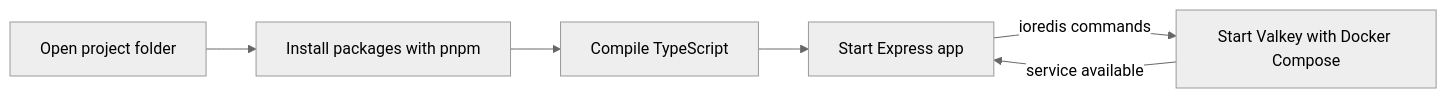
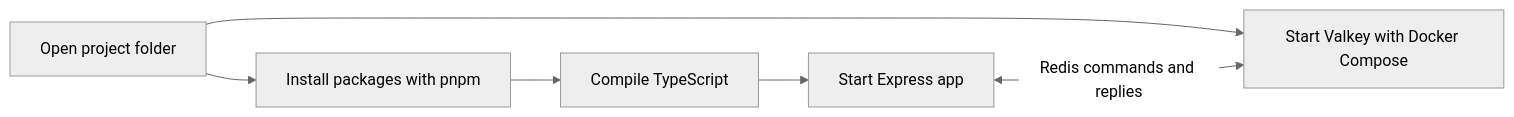
Before and after one commit to vanshbaranwal/backend-projects: the diagram in redis/PROJECT-SETUP.md, drawn with Mermaid (neutral theme). The commit also changed other lines of this file and 4 other files, not shown here.

Commit message:
docs: preserve handwritten notes and clarify diagrams

````diff
--- a/redis/PROJECT-SETUP.md
+++ b/redis/PROJECT-SETUP.md
@@ -7,8 +7,8 @@
 ```mermaid
 flowchart LR
     F[Open project folder] --> P[Install packages with pnpm]
     P --> T[Compile TypeScript]
     T --> A[Start Express app]
-    V[Start Valkey with Docker Compose] -->|service available| A
-    A -->|ioredis commands| V
+    F --> V[Start Valkey with Docker Compose]
+    A <-->|Redis commands and replies| V
 ```
````
